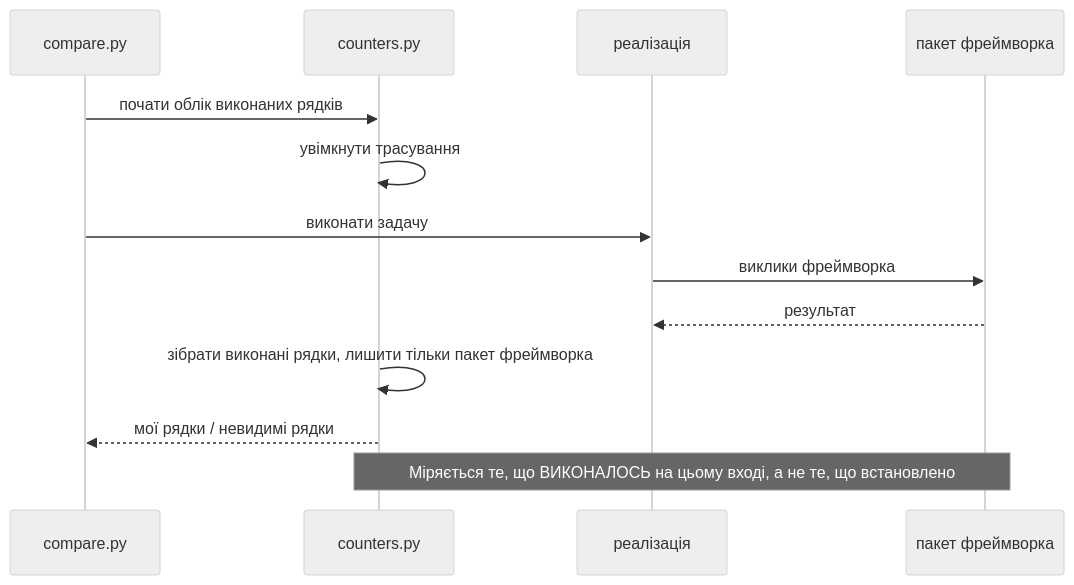
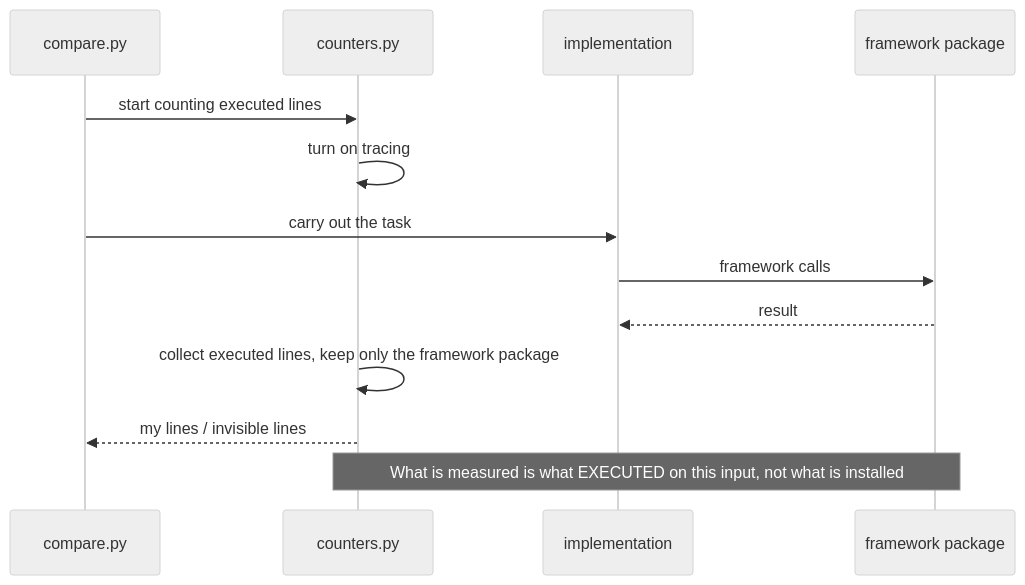
The fourth of 5 diagrams in docs/features/s09-frameworks/sad.md (AZANIR/agentic-ai), drawn with Mermaid (neutral theme) before and after one commit. The commit also changed other lines of this file and 245 other files, not shown here.

````diff
--- a/docs/features/s09-frameworks/sad.md
+++ b/docs/features/s09-frameworks/sad.md
@@ -182,16 +185,16 @@
 ```mermaid
 sequenceDiagram
     participant CMP as compare.py
     participant CTR as counters.py
-    participant IMP as реалізація
-    participant FW as пакет фреймворка
+    participant IMP as implementation
+    participant FW as framework package
 
-    CMP->>CTR: почати облік виконаних рядків
-    CTR->>CTR: увімкнути трасування
-    CMP->>IMP: виконати задачу
-    IMP->>FW: виклики фреймворка
-    FW-->>IMP: результат
-    CTR->>CTR: зібрати виконані рядки, лишити тільки пакет фреймворка
-    CTR-->>CMP: мої рядки / невидимі рядки
-    Note over CTR,FW: Міряється те, що ВИКОНАЛОСЬ на цьому вході, а не те, що встановлено
+    CMP->>CTR: start counting executed lines
+    CTR->>CTR: turn on tracing
+    CMP->>IMP: carry out the task
+    IMP->>FW: framework calls
+    FW-->>IMP: result
+    CTR->>CTR: collect executed lines, keep only the framework package
+    CTR-->>CMP: my lines / invisible lines
+    Note over CTR,FW: What is measured is what EXECUTED on this input, not what is installed
 ```
````
